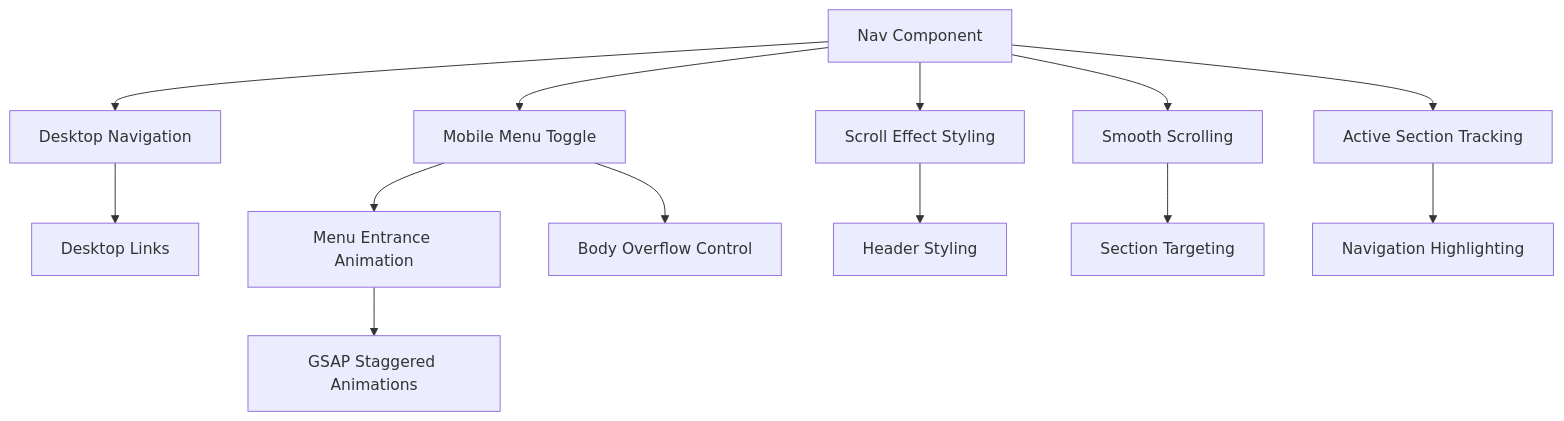
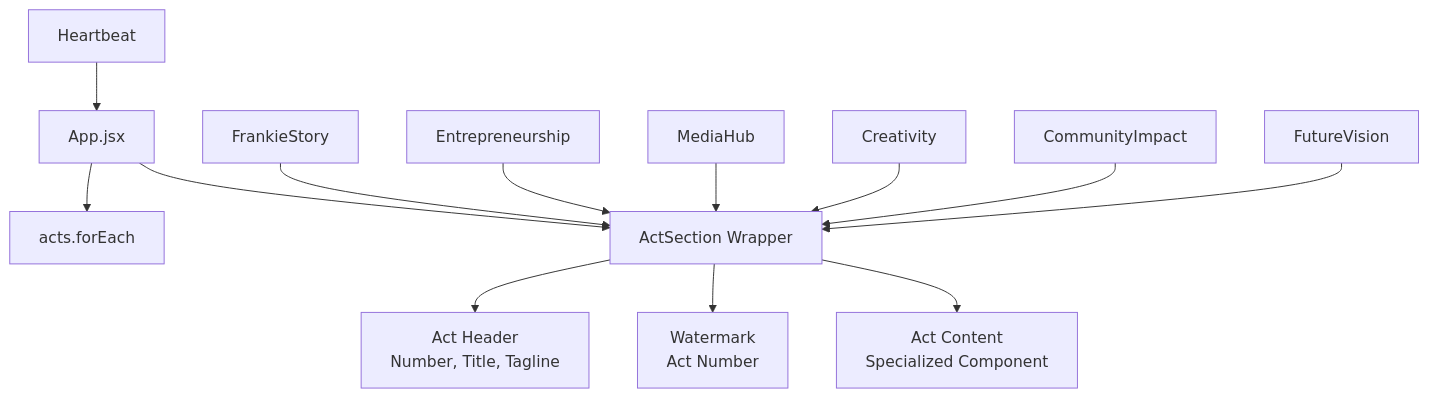
One commit to rakeshmaity271/frankie-picasso changed the sixth of 12 diagrams in .qoder/repowiki/en/content/Application Architecture.md. Above: the diagram before and after it, drawn with Mermaid. The commit also changed other lines of this file and 18 other files, not shown here.

Commit message:
Update Nav component, styles, and repowiki docs

````diff
--- a/.qoder/repowiki/en/content/Application Architecture.md
+++ b/.qoder/repowiki/en/content/Application Architecture.md
@@ -349,15 +444,15 @@
 ```mermaid
 flowchart TD
-Nav["Nav Component"] --> DesktopNav["Desktop Navigation"]
-Nav --> MobileMenu["Mobile Menu Toggle"]
-Nav --> ScrollEffect["Scroll Effect Styling"]
-Nav --> SmoothScroll["Smooth Scrolling"]
-Nav --> ActiveSection["Active Section Tracking"]
-DesktopNav --> DesktopLinks["Desktop Links"]
-MobileMenu --> MenuAnimation["Menu Entrance Animation"]
-MobileMenu --> BodyOverflow["Body Overflow Control"]
-ScrollEffect --> HeaderStyle["Header Styling"]
-SmoothScroll --> SectionTarget["Section Targeting"]
-ActiveSection --> NavLinkHighlight["Navigation Highlighting"]
-MenuAnimation --> GSAPAnimations["GSAP Staggered Animations"]
+App["App.jsx"] --> ActsLoop["acts.forEach"]
+App --> ActSection["ActSection Wrapper"]
+ActSection --> Header["Act Header<br/>Number, Title, Tagline"]
+ActSection --> Watermark["Watermark<br/>Act Number"]
+ActSection --> Content["Act Content<br/>Specialized Component"]
+FrankieStory["FrankieStory"] --> ActSection
+Entrepreneurship["Entrepreneurship"] --> ActSection
+MediaHub["MediaHub"] --> ActSection
+Creativity["Creativity"] --> ActSection
+CommunityImpact["CommunityImpact"] --> ActSection
+FutureVision["FutureVision"] --> ActSection
+Heartbeat["Heartbeat"] --> App
 ```
````
